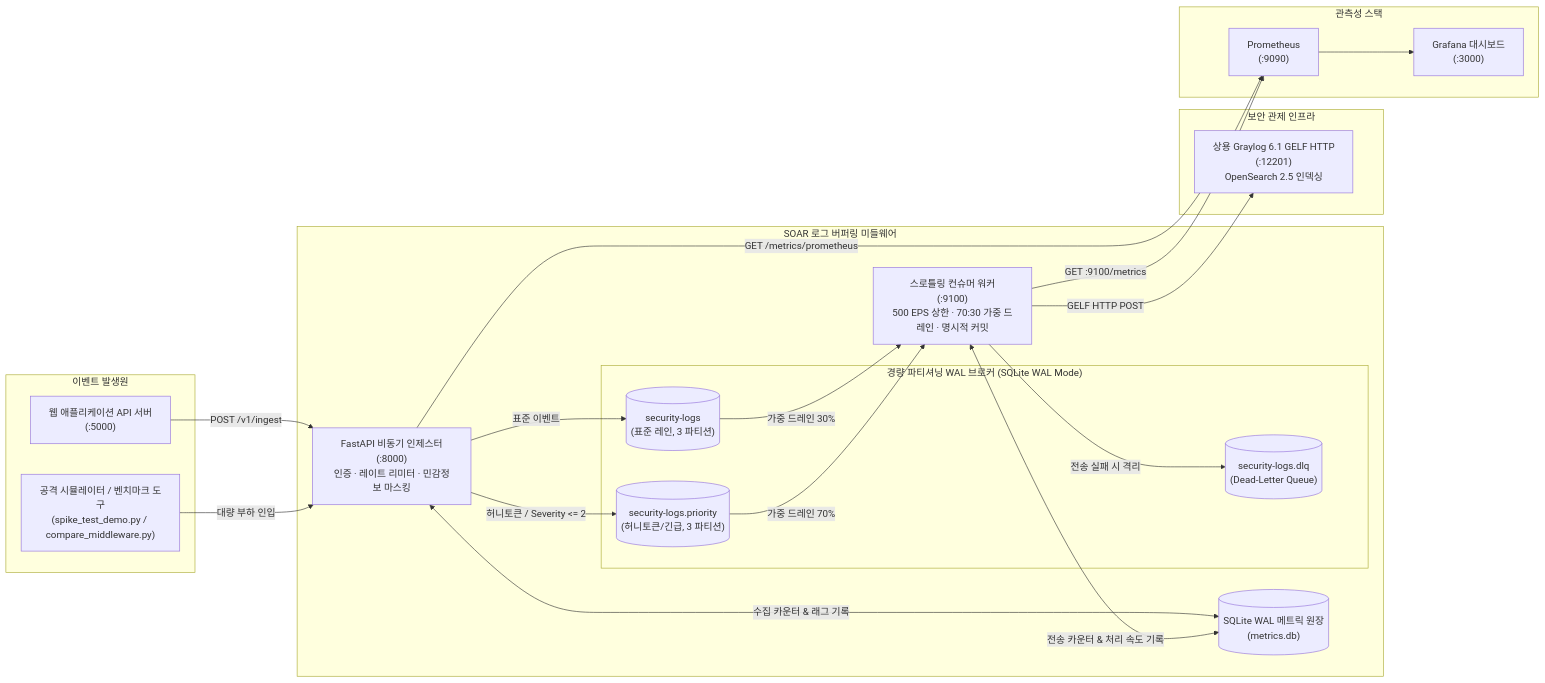
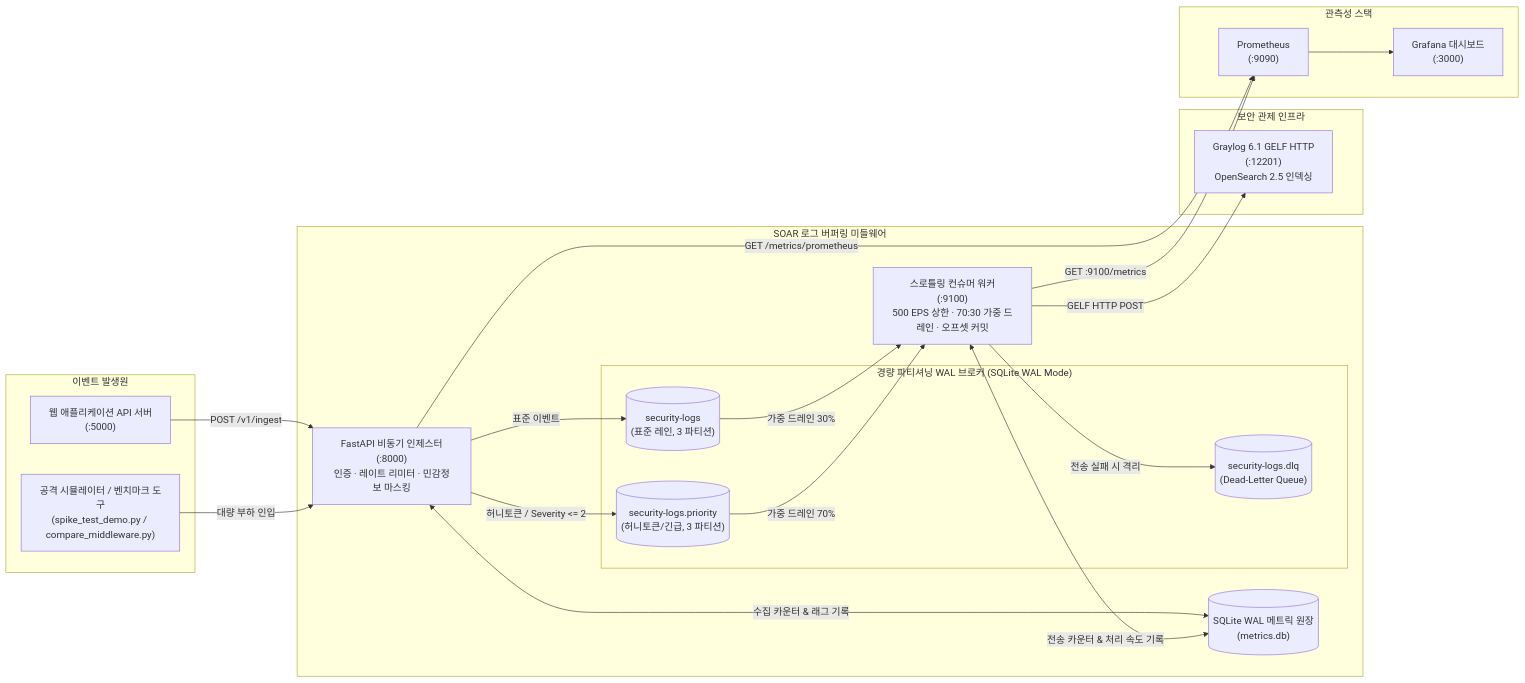
The diagram in scenario2-middleware/README.md (altdmfk/network-team03), drawn with Mermaid before and after one commit. The commit also changed other lines of this file and 2 other files, not shown here.

````diff
--- a/scenario2-middleware/README.md
+++ b/scenario2-middleware/README.md
@@ -126,43 +134,43 @@
 ```mermaid
 flowchart LR
     subgraph Producers["이벤트 발생원"]
         A["웹 애플리케이션 API 서버<br/>(:5000)"]
         B["공격 시뮬레이터 / 벤치마크 도구<br/>(spike_test_demo.py / compare_middleware.py)"]
     end
 
     subgraph Middleware["SOAR 로그 버퍼링 미들웨어"]
         D["FastAPI 비동기 인제스터<br/>(:8000)<br/>인증 · 레이트 리미터 · 민감정보 마스킹"]
         
         subgraph LightweightBroker["경량 파티셔닝 WAL 브로커 (SQLite WAL Mode)"]
             E1[("security-logs<br/>(표준 레인, 3 파티션)")]
             E2[("security-logs.priority<br/>(허니토큰/긴급, 3 파티션)")]
             E3[("security-logs.dlq<br/>(Dead-Letter Queue)")]
         end
 
-        F["스로틀링 컨슈머 워커<br/>(:9100)<br/>500 EPS 상한 · 70:30 가중 드레인 · 명시적 커밋"]
+        F["스로틀링 컨슈머 워커<br/>(:9100)<br/>500 EPS 상한 · 70:30 가중 드레인 · 오프셋 커밋"]
         G[("SQLite WAL 메트릭 원장<br/>(metrics.db)")]
     end
 
     subgraph SIEM["보안 관제 인프라"]
-        I["상용 Graylog 6.1 GELF HTTP<br/>(:12201)<br/>OpenSearch 2.5 인덱싱"]
+        I["Graylog 6.1 GELF HTTP<br/>(:12201)<br/>OpenSearch 2.5 인덱싱"]
     end
 
     subgraph Observability["관측성 스택"]
         J["Prometheus<br/>(:9090)"]
         K["Grafana 대시보드<br/>(:3000)"]
     end
 
     A -->|POST /v1/ingest| D
     B -->|대량 부하 인입| D
     D -->|표준 이벤트| E1
     D -->|허니토큰 / Severity <= 2| E2
     E1 -->|가중 드레인 30%| F
     E2 -->|가중 드레인 70%| F
     F -->|GELF HTTP POST| I
     F -->|전송 실패 시 격리| E3
     D <-->|수집 카운터 & 래그 기록| G
     F <-->|전송 카운터 & 처리 속도 기록| G
     D -->|GET /metrics/prometheus| J
     F -->|GET :9100/metrics| J
     J --> K
 ```
````
